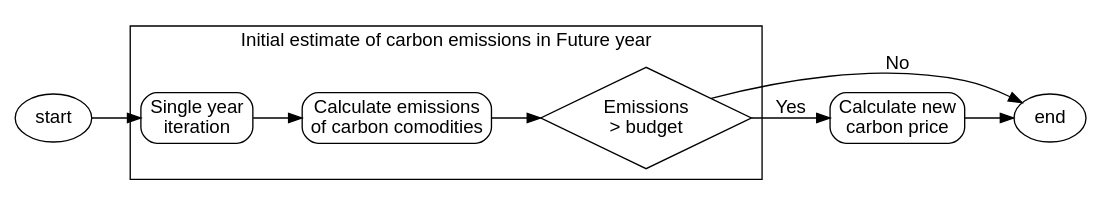
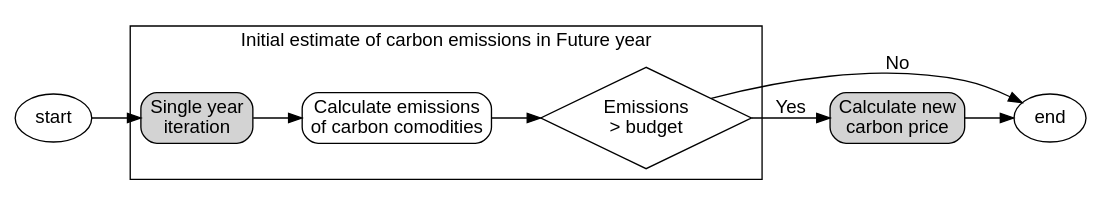
One commit to EnergySystemsModellingLab/MUSE_OS changed the sixth of 10 diagrams in docs/application-flow.rst. Above: the diagram before and after it, drawn with Graphviz. The commit also changed other lines of this file, not shown here.

```diff
--- a/docs/application-flow.rst
+++ b/docs/application-flow.rst
@@ -229,29 +233,29 @@
 .. graphviz::
     :align: center
     :alt: Description of the carbon budget cycle
 
     digraph carbon_budget {
             fontname="Helvetica,Arial,sans-serif"
             node [fontname="Helvetica,Arial,sans-serif", shape=box, style=rounded]
             edge [fontname="Helvetica,Arial,sans-serif"]
             rankdir=LR
             clusterrank=local
             newrank=true
 
             {node [shape=""]; start; end;}
-            single_year [label="Single year\niteration"]
+            single_year [label="Single year\niteration", fillcolor="lightgrey", style="rounded,filled"]
             emissions [label="Calculate emissions\nof carbon comodities"]
             comparison [label="Emissions\n> budget\n", shape=diamond, style=""]
-            new_price [label="Calculate new\ncarbon price"]
+            new_price [label="Calculate new\ncarbon price", fillcolor="lightgrey", style="rounded,filled"]
 
 
             subgraph cluster_1 {
                 label="Initial estimate of carbon emissions in Future year"
                 single_year -> emissions -> comparison
             }
 
             start -> single_year
             comparison -> end [label="No", constraint=false]
             comparison -> new_price [label="Yes"]
             new_price -> end
         }
```
